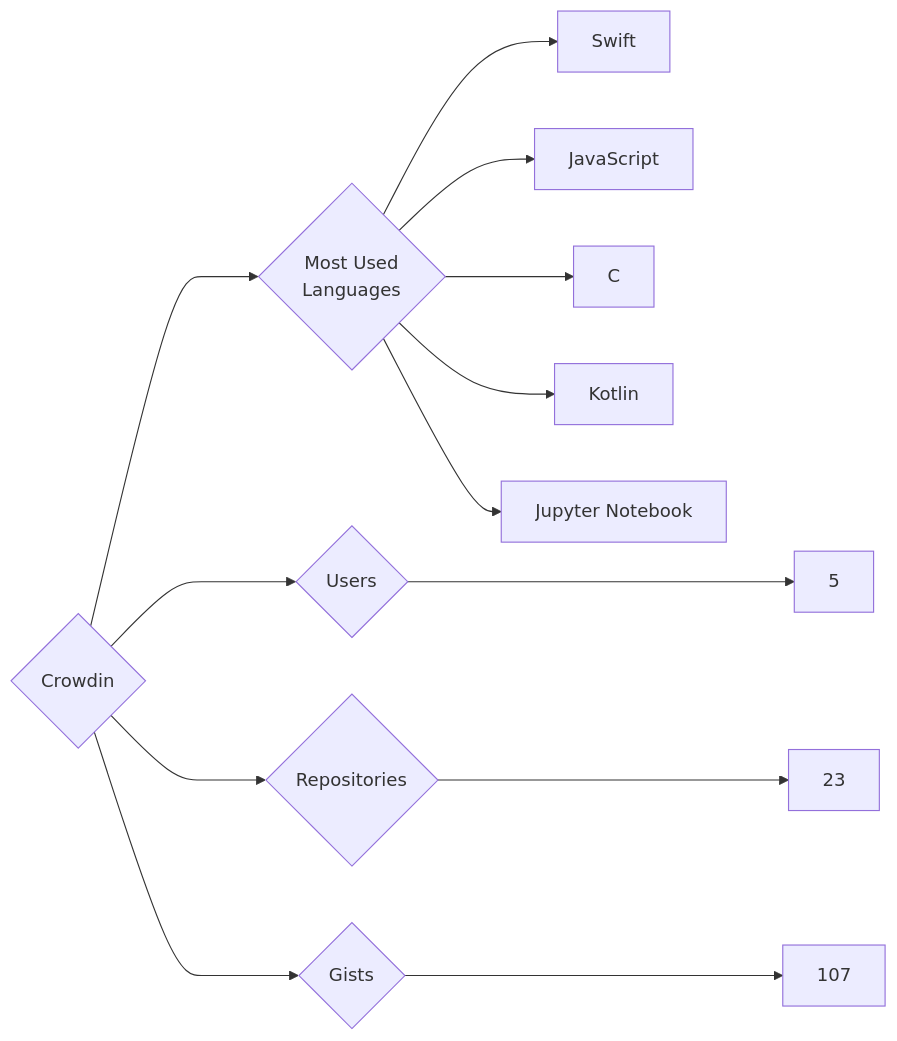
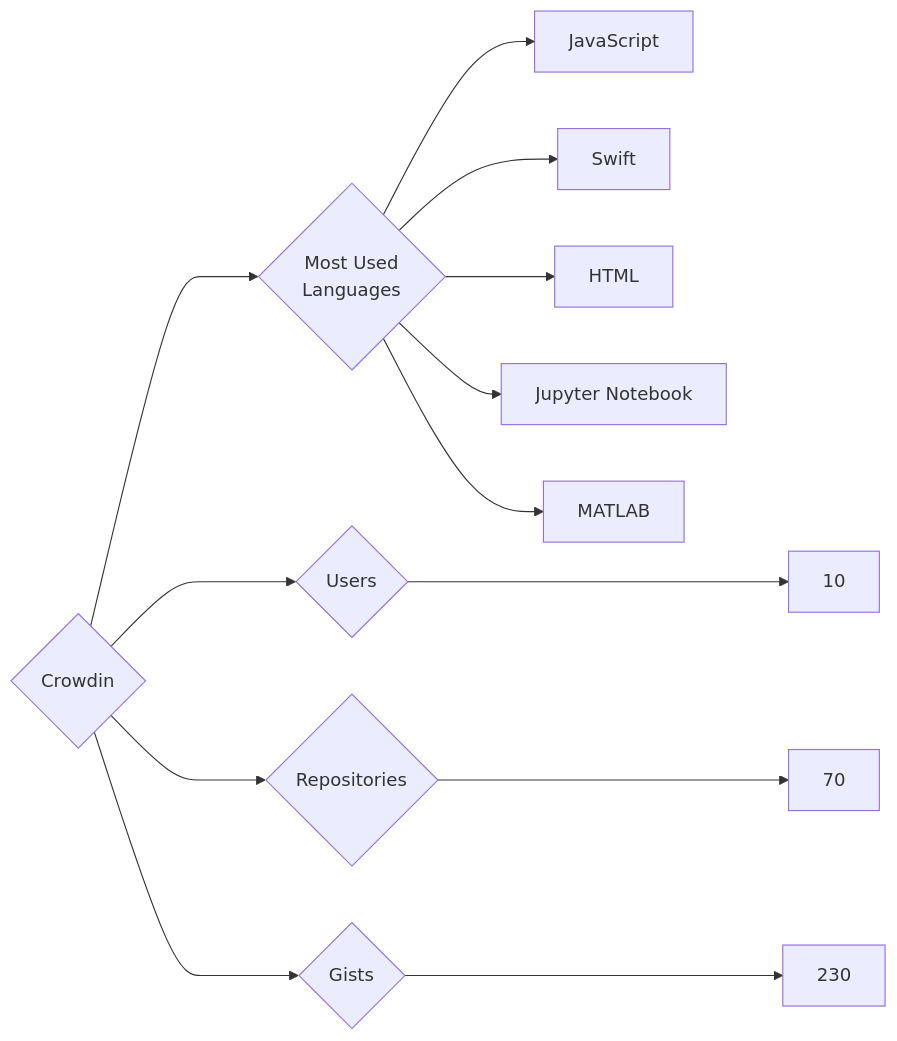
The diagram in targets/Crowdin/README.md (trickest/insiders), drawn with Mermaid before and after one commit. The commit also changed 1175 other files, not shown here.

````diff
--- a/targets/Crowdin/README.md
+++ b/targets/Crowdin/README.md
@@ -3,13 +3,13 @@
 ```mermaid
 graph LR
 COMPANY_NAME{Crowdin}
-COMPANY_NAME ---> U{Users} ---> UN[5]
-COMPANY_NAME ---> R{Repositories} ---> RN[23]
-COMPANY_NAME ---> G{Gists} ---> GN[107]
+COMPANY_NAME ---> U{Users} ---> UN[10]
+COMPANY_NAME ---> R{Repositories} ---> RN[70]
+COMPANY_NAME ---> G{Gists} ---> GN[230]
 COMPANY_NAME ---> ML{Most Used<br>Languages}
+ML --> JavaScript[JavaScript]
 ML --> Swift[Swift]
-ML --> JavaScript[JavaScript]
-ML --> C[C]
-ML --> Kotlin[Kotlin]
+ML --> HTML[HTML]
 ML --> Jupyter_Notebook[Jupyter Notebook]
+ML --> MATLAB[MATLAB]
 ```
````
